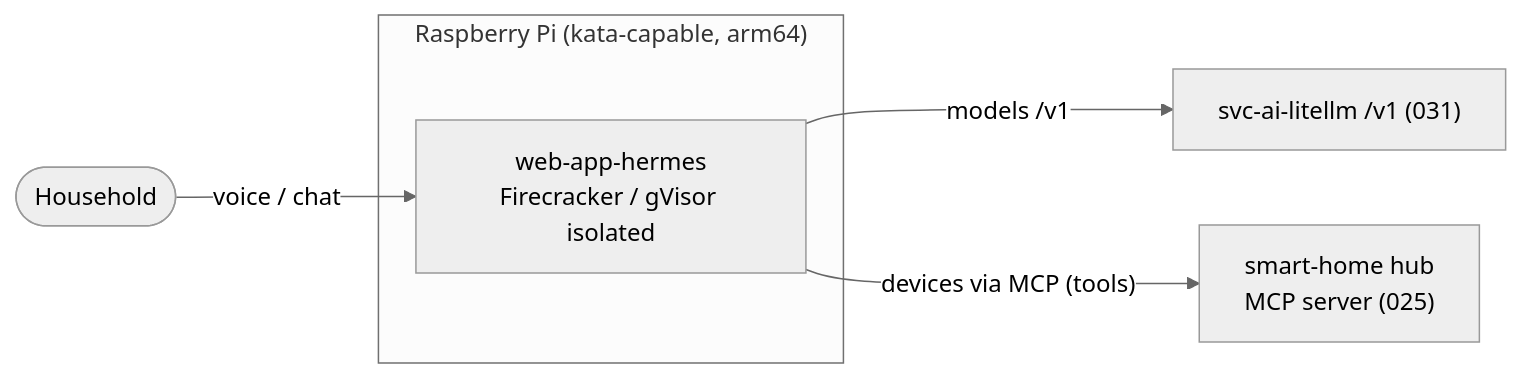
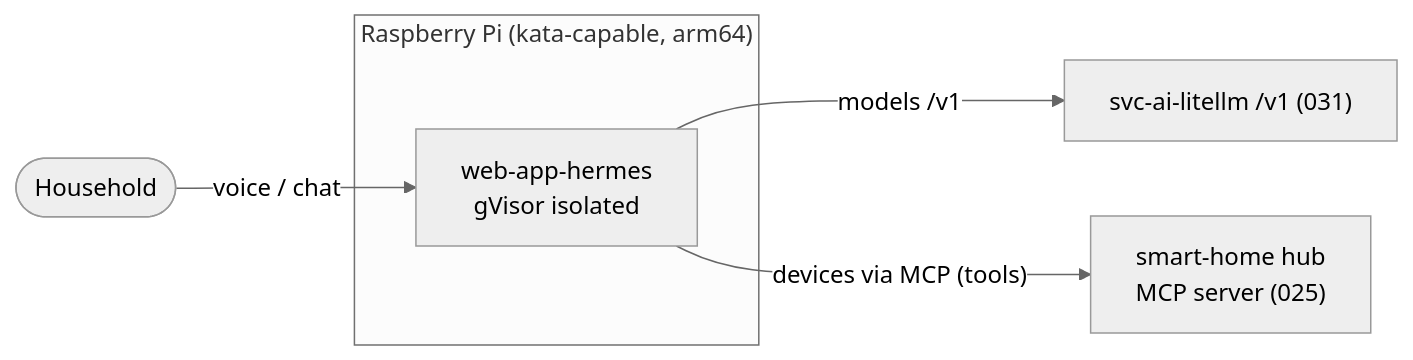
One commit to infinito-nexus/core changed the fourth of 7 diagrams in docs/requirements/032-agent-employees-firecracker.md. Above: the diagram before and after it, drawn with Mermaid (neutral theme). The commit also changed other lines of this file, not shown here.

````diff
--- a/docs/requirements/032-agent-employees-firecracker.md
+++ b/docs/requirements/032-agent-employees-firecracker.md
@@ -152,11 +156,11 @@
 ```mermaid
 flowchart LR
     user([Household]) -->|voice / chat| hermes
     subgraph pi["Raspberry Pi (kata-capable, arm64)"]
-        hermes["web-app-hermes<br/>Firecracker / gVisor isolated"]
+        hermes["web-app-hermes<br/>gVisor isolated"]
     end
     gw["svc-ai-litellm /v1 (031)"]
     hub["smart-home hub<br/>MCP server (025)"]
     hermes -->|models /v1| gw
     hermes -->|"devices via MCP (tools)"| hub
 ```
````
